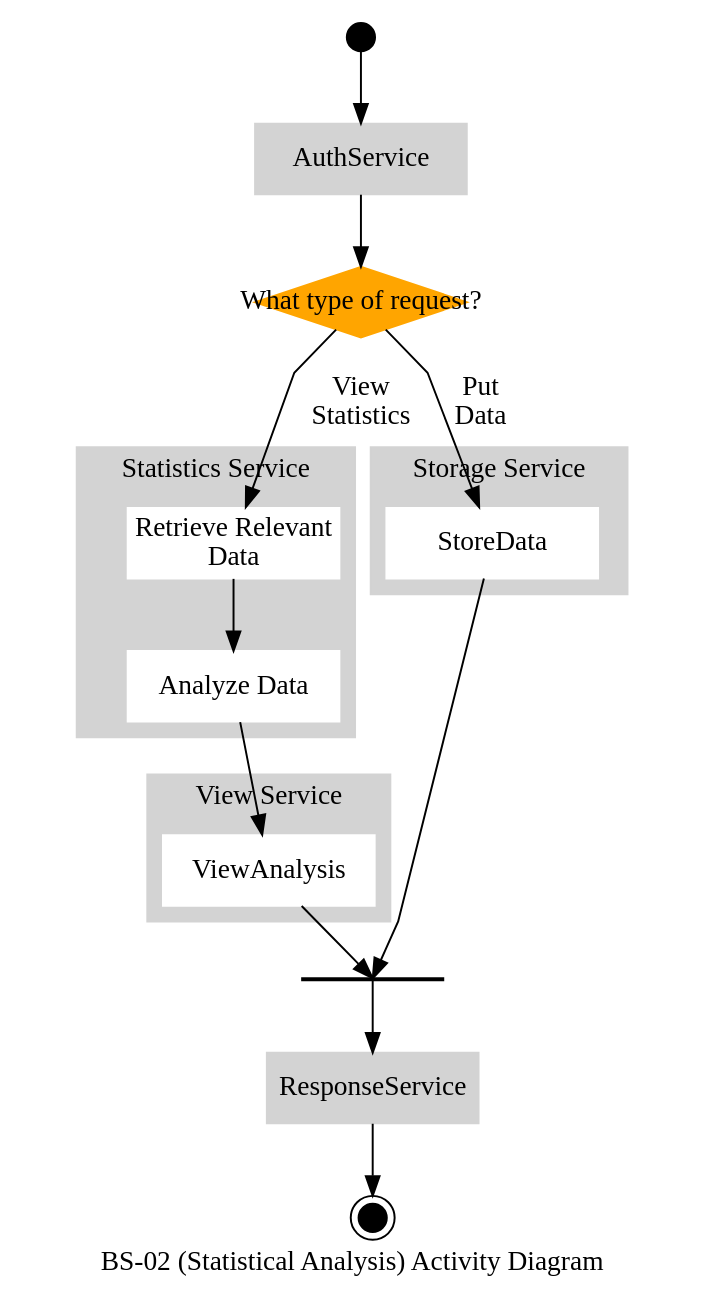
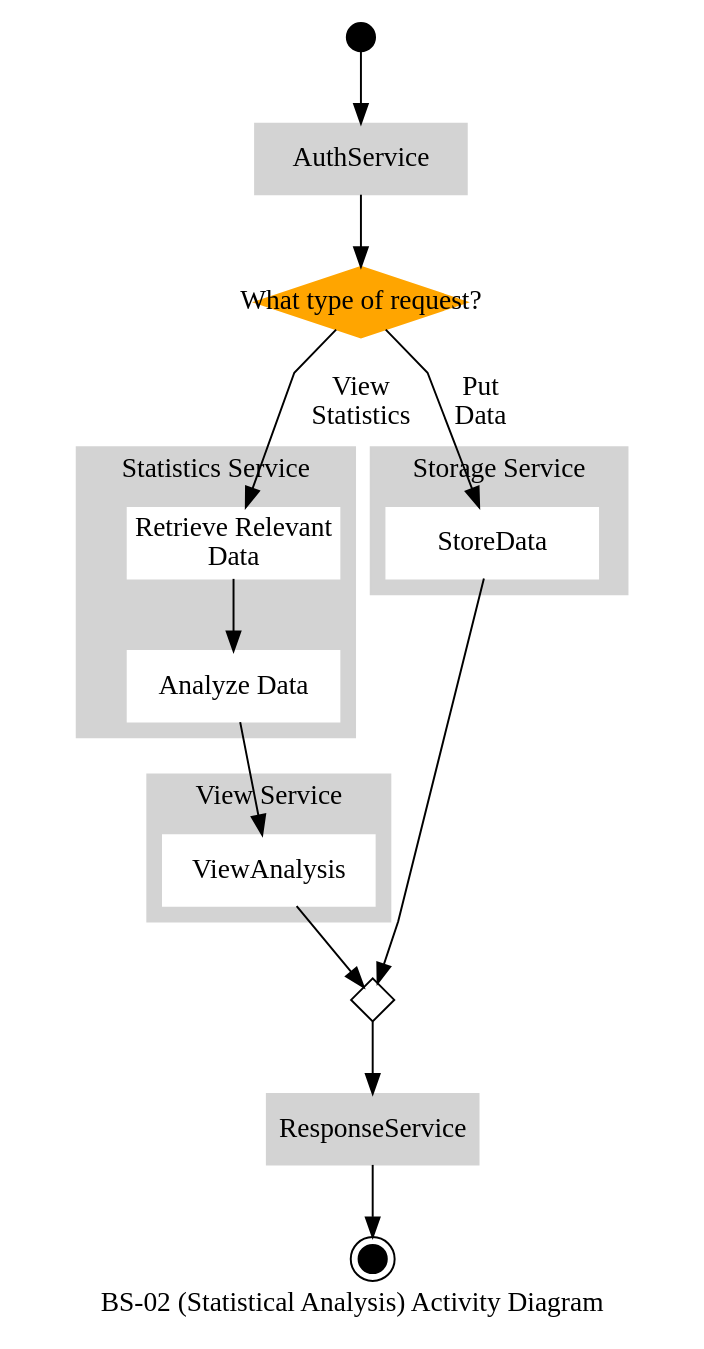
Before and after one commit to gebrek/sod-rev: the sixth of 10 diagrams in ass1-revisited.org, drawn with Graphviz. The commit also changed other lines of this file, not shown here.

```diff
--- a/ass1-revisited.org
+++ b/ass1-revisited.org
@@ -498,54 +495,54 @@
     #+BEGIN_SRC dot :file res/bs_02_act.png :tangle res/bs_02_act.dot
       digraph BS2 {
 	      label="BS-02 (Statistical Analysis) Activity Diagram";
 	      newrank=true;
 	      splines=polyline;
 	      // Terminals
 	      Start [shape=point height=0.2 width=0.2];
 	      End [shape=point height=0.2 width=0.2 peripheries=2];
 	      // Choices
 	      node [shape=diamond fixedsize=true height=0.5 width=1.5 color=orange style=filled]
 	      choose_request [label="What type of request?"];
 
 	      // {rank=same choose_request, choose_valid_user}
 	      // Abstracted Services
 	      node [shape=box color=lightgrey style=filled]
 	      AuthService, ResponseService;
 	      // Remaining Nodes & Clusters
 	      node [shape=box color=white style=filled]
 	      Start->AuthService->choose_request;
 	      choose_request->Retrieve [label="View\nStatistics"];
 	      choose_request->StoreData [label="Put\nData"];
 	      subgraph cluster1 {
 		      label="Statistics Service"
 		      color=lightgrey
 		      style=filled
 		      Retrieve [label="Retrieve Relevant\nData"]
 		      Analyze [label="Analyze Data"];
 		      Retrieve->Analyze;
 	      }
 	      Analyze->ViewAnalysis;
 	      subgraph cluster2 {
 		      label="Storage Service"
 		      color=lightgrey
 		      style=filled
 		      StoreData;
 	      }
 	      {rank=same StoreData, Retrieve}
 	      // {rank=same Analyze, ViewAnalysis}
 	      StoreData->StructureResponse_join;
 	      subgraph cluster3 {
 		      label="View Service"
 		      color=lightgrey
 		      style=filled
 		      ViewAnalysis;
 	      }
 	      ViewAnalysis->StructureResponse_join;
 
 
-	      StructureResponse_join [label="" height=0 width=1 color=black]
+	      StructureResponse_join [label="" shape=diamond height=0.3 width=0.3 style=normal color=black]
 	      StructureResponse_join->ResponseService;
 
 	      ResponseService->End;
       }
     #+END_SRC
```
